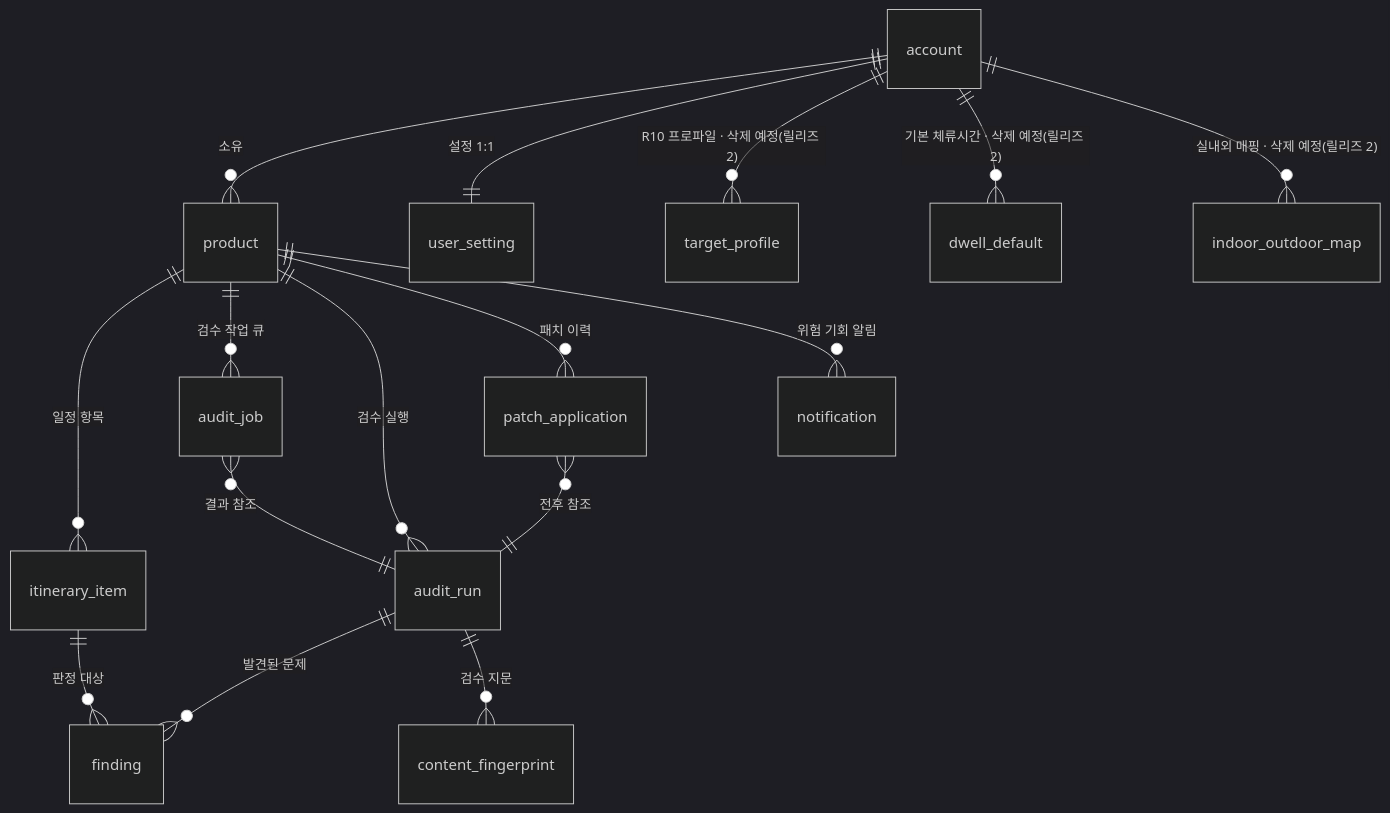
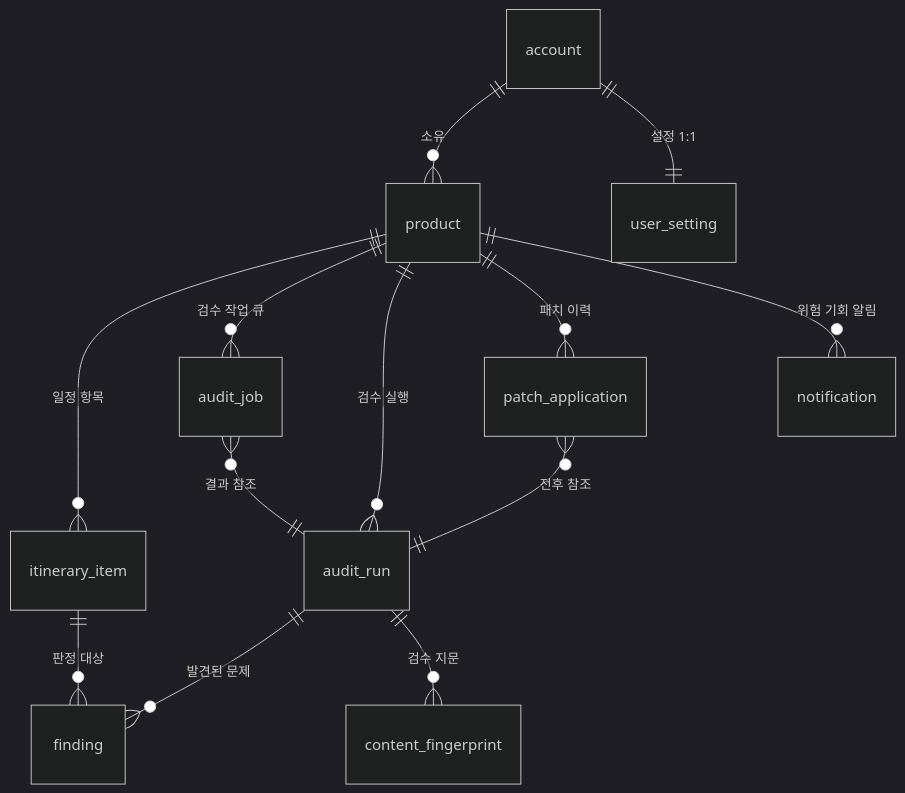
The diagram in docs/notion/20_DB명세서.md (tourlint/tourlint), drawn with Mermaid (dark theme) before and after one commit. The commit also changed other lines of this file and 2 other files, not shown here.

````diff
--- a/docs/notion/20_DB명세서.md
+++ b/docs/notion/20_DB명세서.md
@@ -126,18 +126,15 @@
 ```mermaid
 erDiagram
     account ||--o{ product : "소유"
     account ||--|| user_setting : "설정 1:1"
-    account ||--o{ target_profile : "R10 프로파일 · 삭제 예정(릴리즈 2)"
-    account ||--o{ dwell_default : "기본 체류시간 · 삭제 예정(릴리즈 2)"
-    account ||--o{ indoor_outdoor_map : "실내외 매핑 · 삭제 예정(릴리즈 2)"
     product ||--o{ itinerary_item : "일정 항목"
     product ||--o{ audit_job : "검수 작업 큐"
     product ||--o{ audit_run : "검수 실행"
     product ||--o{ patch_application : "패치 이력"
     product ||--o{ notification : "위험 기회 알림"
     audit_run ||--o{ finding : "발견된 문제"
     audit_run ||--o{ content_fingerprint : "검수 지문"
     audit_job }o--|| audit_run : "결과 참조"
     patch_application }o--|| audit_run : "전후 참조"
     itinerary_item ||--o{ finding : "판정 대상"
 ```
````
